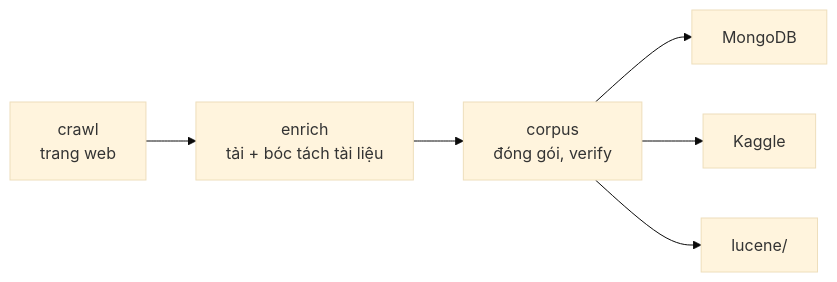
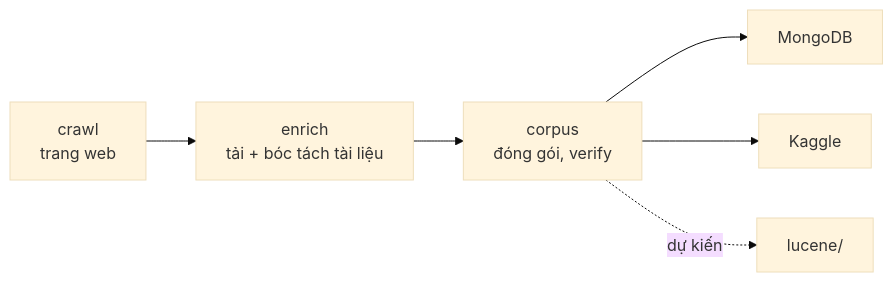
Before and after one commit to doanan293/WebCorpusPipeline: the diagram in data_pipeline/README.md, drawn with Mermaid (base theme). The commit also changed other lines of this file and 11 other files, not shown here.

````diff
--- a/data_pipeline/README.md
+++ b/data_pipeline/README.md
@@ -7,8 +8,8 @@
 ```mermaid
 flowchart LR
     A["crawl<br/>trang web"] --> B["enrich<br/>tải + bóc tách tài liệu"]
     B --> C["corpus<br/>đóng gói, verify"]
     C --> D["MongoDB"]
     C --> E["Kaggle"]
-    C --> F["lucene/"]
+    C -. "dự kiến" .-> F["lucene/"]
 ```
````
